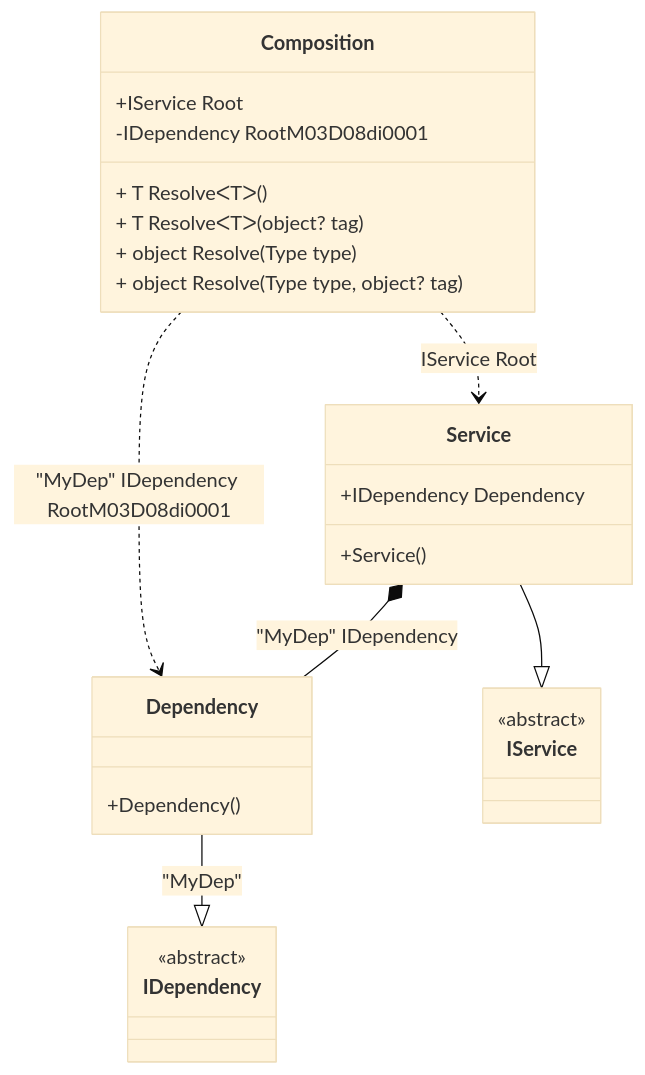
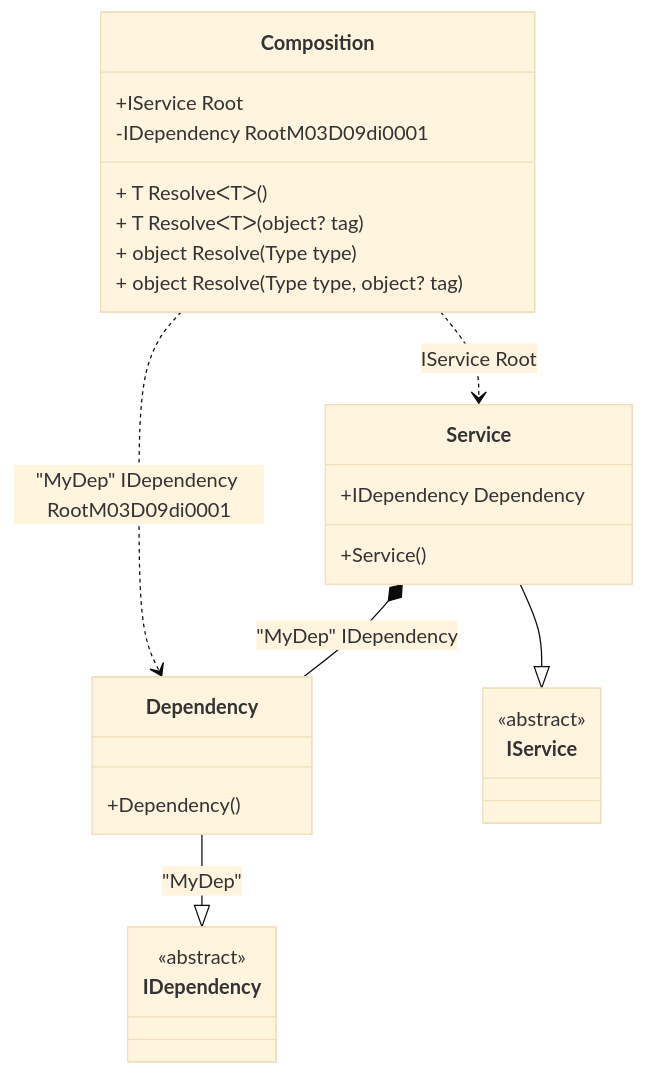
Before and after one commit to DevTeam/Pure.DI: the diagram in readme/check-for-a-root.md, drawn with Mermaid (base theme). The commit also changed other lines of this file and 73 other files, not shown here.

````diff
--- a/readme/check-for-a-root.md
+++ b/readme/check-for-a-root.md
@@ -63,29 +63,29 @@
 ```mermaid
 classDiagram
   class Composition {
     +IService Root
-    -IDependency RootM03D08di0001
+    -IDependency RootM03D09di0001
     + T ResolveᐸTᐳ()
     + T ResolveᐸTᐳ(object? tag)
     + object Resolve(Type type)
     + object Resolve(Type type, object? tag)
   }
   Dependency --|> IDependency : "MyDep" 
   class Dependency {
     +Dependency()
   }
   Service --|> IService : 
   class Service {
     +Service()
     +IDependency Dependency
   }
   class IDependency {
     <<abstract>>
   }
   class IService {
     <<abstract>>
   }
   Service *--  Dependency : "MyDep"  IDependency
-  Composition ..> Dependency : "MyDep" IDependency RootM03D08di0001
+  Composition ..> Dependency : "MyDep" IDependency RootM03D09di0001
   Composition ..> Service : IService Root
 ```
````
